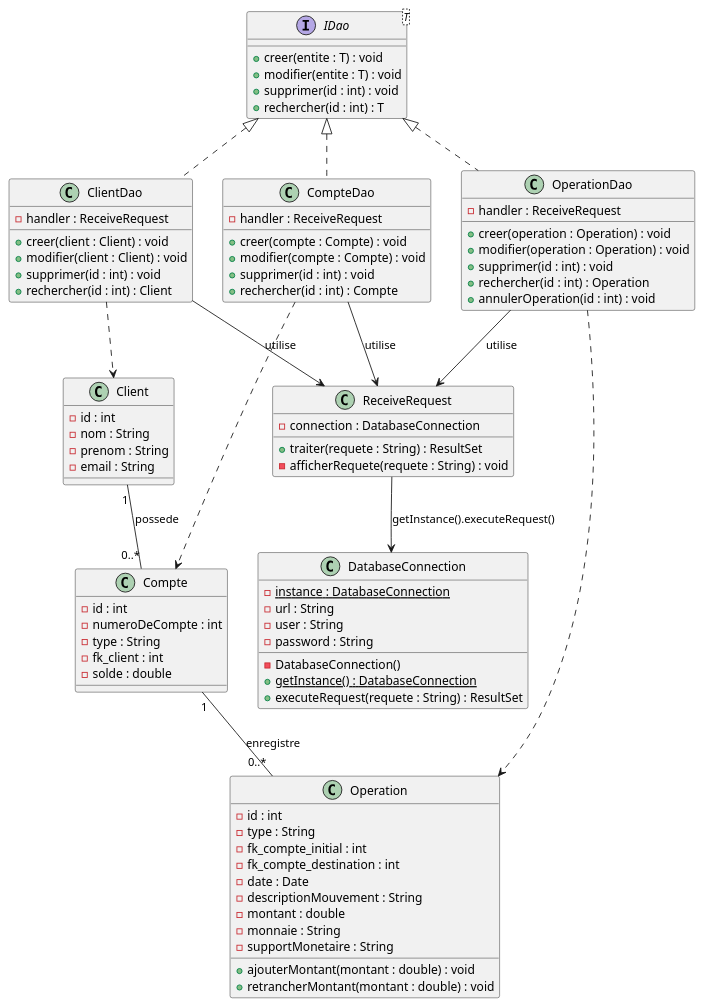
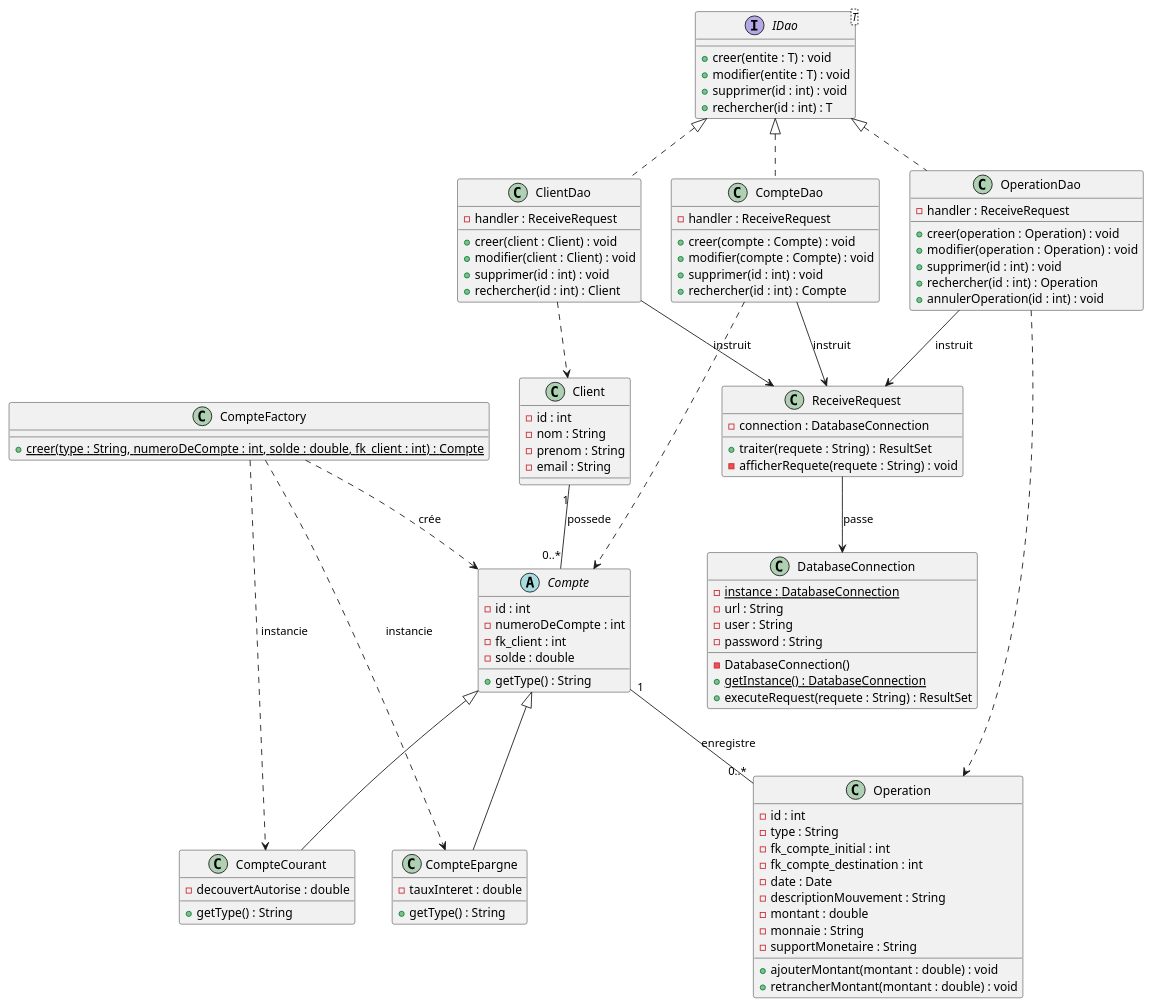
One commit to phpfms/tp_bank changed the diagram in Documentation/diagramme des classes/diagramme_des_classes.plantuml. Above: the diagram before and after it, drawn with PlantUML.

Commit message:
petites corrections bis

```diff
--- a/Documentation/diagramme des classes/diagramme_des_classes.plantuml
+++ b/Documentation/diagramme des classes/diagramme_des_classes.plantuml
@@ -1,102 +1,121 @@
 @startuml
 
 ' ==================== SINGLETON CONNEXION ====================
 class DatabaseConnection {
     - {static} instance : DatabaseConnection
     - url : String
     - user : String
     - password : String
     - DatabaseConnection()
     + {static} getInstance() : DatabaseConnection
     + executeRequest(requete : String) : ResultSet
 }
 
 ' ==================== INTERFACE DAO UNIQUE ====================
 interface IDao<T> {
     + creer(entite : T) : void
     + modifier(entite : T) : void
     + supprimer(id : int) : void
     + rechercher(id : int) : T
 }
 
 ' ==================== CLASSE INTERMEDIAIRE ====================
 class ReceiveRequest {
     - connection : DatabaseConnection
     + traiter(requete : String) : ResultSet
     - afficherRequete(requete : String) : void
 }
 
 ' ==================== IMPLEMENTATIONS DAO ====================
 class ClientDao implements IDao<Client> {
     - handler : ReceiveRequest
     + creer(client : Client) : void
     + modifier(client : Client) : void
     + supprimer(id : int) : void
     + rechercher(id : int) : Client
 }
 
 class CompteDao implements IDao<Compte> {
     - handler : ReceiveRequest
     + creer(compte : Compte) : void
     + modifier(compte : Compte) : void
     + supprimer(id : int) : void
     + rechercher(id : int) : Compte
 }
 
 class OperationDao implements IDao<Operation> {
     - handler : ReceiveRequest
     + creer(operation : Operation) : void
     + modifier(operation : Operation) : void
     + supprimer(id : int) : void
     + rechercher(id : int) : Operation
     + annulerOperation(id : int) : void
 }
 
 ' ==================== ENTITES ====================
 class Client {
     - id : int
     - nom : String
     - prenom : String
     - email : String
 }
 
-class Compte {
+abstract class Compte {
     - id : int
     - numeroDeCompte : int
-    - type : String
     - fk_client : int
     - solde : double
+    + getType() : String
+}
+
+class CompteFactory {
+    + {static} creer(type : String, numeroDeCompte : int, solde : double, fk_client : int) : Compte
+}
+
+class CompteCourant extends Compte {
+    - decouvertAutorise : double
+    + getType() : String
+}
+
+class CompteEpargne extends Compte {
+    - tauxInteret : double
+    + getType() : String
 }
 
 class Operation {
     - id : int
     - type : String
     - fk_compte_initial : int
     - fk_compte_destination : int
     - date : Date
     - descriptionMouvement : String
     - montant : double
     - monnaie : String
     - supportMonetaire : String
     + ajouterMontant(montant : double) : void
     + retrancherMontant(montant : double) : void
 }
 
 ' ==================== RELATIONS METIER ====================
 Client "1" -- "0..*" Compte : possede
 Compte "1" -- "0..*" Operation : enregistre
 
+' ==================== RELATIONS FACTORY ====================
+CompteFactory ..> Compte : crée
+CompteFactory ..> CompteCourant : instancie
+CompteFactory ..> CompteEpargne : instancie
+
 ' ==================== DAO -> HANDLER ====================
-ClientDao --> ReceiveRequest : utilise
-CompteDao --> ReceiveRequest : utilise
-OperationDao --> ReceiveRequest : utilise
+ClientDao --> ReceiveRequest : instruit
+CompteDao --> ReceiveRequest : instruit
+OperationDao --> ReceiveRequest : instruit
 
 ' ==================== HANDLER -> SINGLETON ====================
-ReceiveRequest --> DatabaseConnection : getInstance().executeRequest()
+ReceiveRequest --> DatabaseConnection : passe
 
 ' ==================== DAO -> ENTITES ====================
 ClientDao ..> Client
 CompteDao ..> Compte
 OperationDao ..> Operation
 
 @enduml
```
